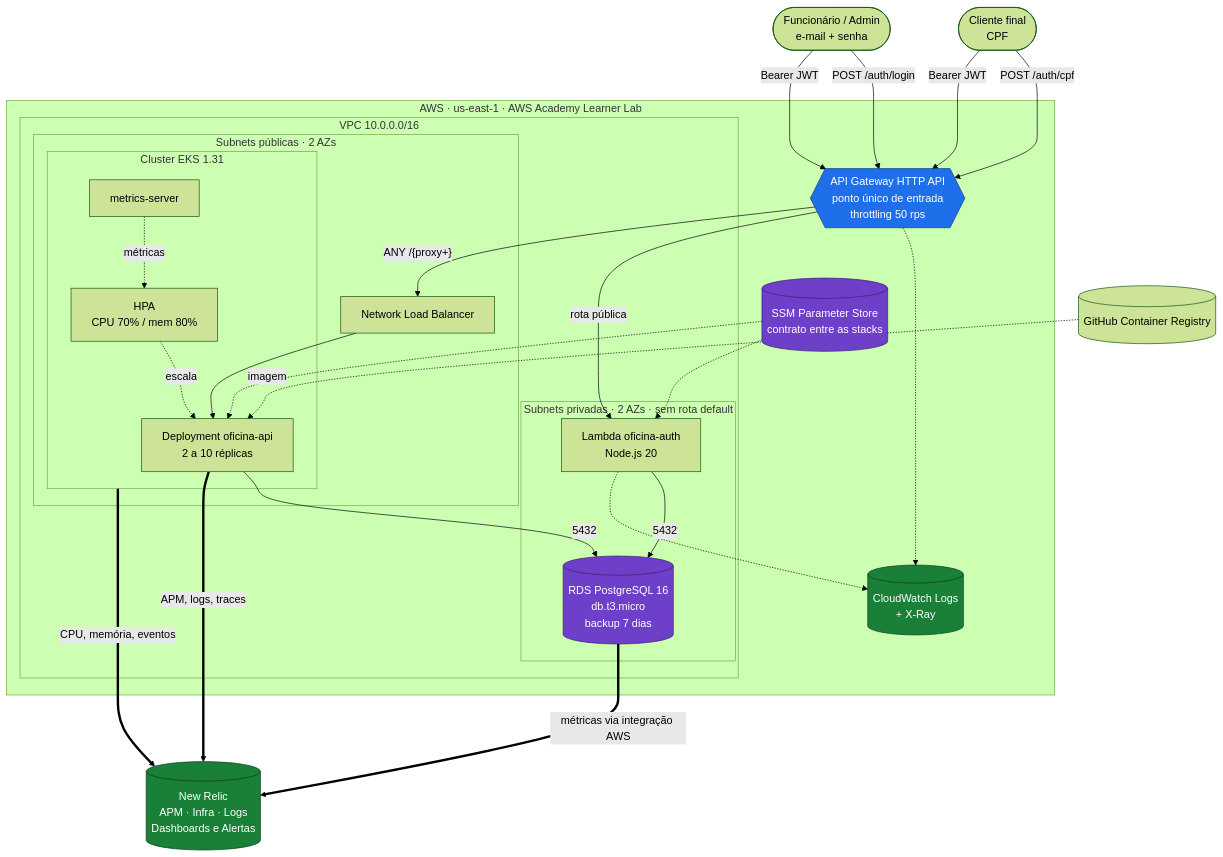
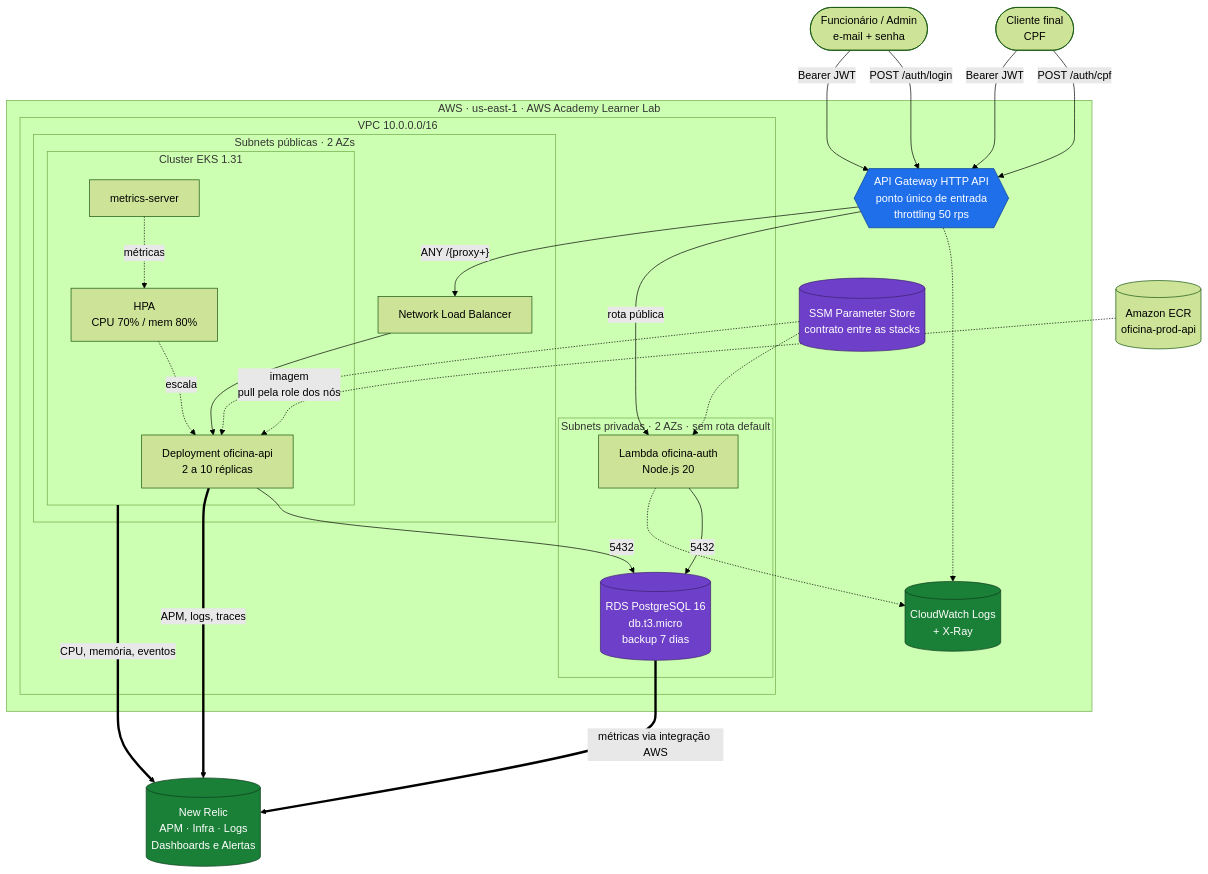
One commit to Xikin/tech_challenge changed the first of 5 diagrams in docs/arquitetura-nuvem.md. Above: the diagram before and after it, drawn with Mermaid (forest theme). The commit also changed other lines of this file and 4 other files, not shown here.

First line of the commit message:
fix: publicar a imagem no Amazon ECR em vez do GHCR

````diff
--- a/docs/arquitetura-nuvem.md
+++ b/docs/arquitetura-nuvem.md
@@ -15,63 +15,63 @@
 ```mermaid
 flowchart TB
     cliente(["Cliente final<br/>CPF"])
     interno(["Funcionário / Admin<br/>e-mail + senha"])
 
     subgraph aws["AWS · us-east-1 · AWS Academy Learner Lab"]
         gw{{"API Gateway HTTP API<br/>ponto único de entrada<br/>throttling 50 rps"}}
 
         subgraph vpc["VPC 10.0.0.0/16"]
             subgraph pub["Subnets públicas · 2 AZs"]
                 nlb["Network Load Balancer"]
                 subgraph eks["Cluster EKS 1.31"]
                     pods["Deployment oficina-api<br/>2 a 10 réplicas"]
                     hpa["HPA<br/>CPU 70% / mem 80%"]
                     ms["metrics-server"]
                 end
             end
 
             subgraph priv["Subnets privadas · 2 AZs · sem rota default"]
                 lambda["Lambda oficina-auth<br/>Node.js 20"]
                 rds[("RDS PostgreSQL 16<br/>db.t3.micro<br/>backup 7 dias")]
             end
         end
 
         ssm[("SSM Parameter Store<br/>contrato entre as stacks")]
         cw[("CloudWatch Logs<br/>+ X-Ray")]
     end
 
     nr[("New Relic<br/>APM · Infra · Logs<br/>Dashboards e Alertas")]
-    ghcr[("GitHub Container Registry")]
+    ecr[("Amazon ECR<br/>oficina-prod-api")]
 
     cliente -->|"POST /auth/cpf"| gw
     cliente -->|"Bearer JWT"| gw
     interno -->|"POST /auth/login"| gw
     interno -->|"Bearer JWT"| gw
 
     gw -->|"rota pública"| lambda
     gw -->|"ANY /{proxy+}"| nlb
     nlb --> pods
 
     lambda -->|"5432"| rds
     pods -->|"5432"| rds
 
     ms -.->|"métricas"| hpa
     hpa -.->|"escala"| pods
-    ghcr -.->|"imagem"| pods
+    ecr -.->|"imagem<br/>pull pela role dos nós"| pods
 
     ssm -.-> lambda
     ssm -.-> pods
     lambda -.-> cw
     gw -.-> cw
 
     pods ==>|"APM, logs, traces"| nr
     eks ==>|"CPU, memória, eventos"| nr
     rds ==>|"métricas via integração AWS"| nr
 
     classDef entrada fill:#1f6feb,stroke:#0b3d91,color:#fff
     classDef dados fill:#6e40c9,stroke:#3b1e6e,color:#fff
     classDef obs fill:#1a7f37,stroke:#0d3d1c,color:#fff
     class gw entrada
     class rds,ssm dados
     class nr,cw obs
 ```
````
